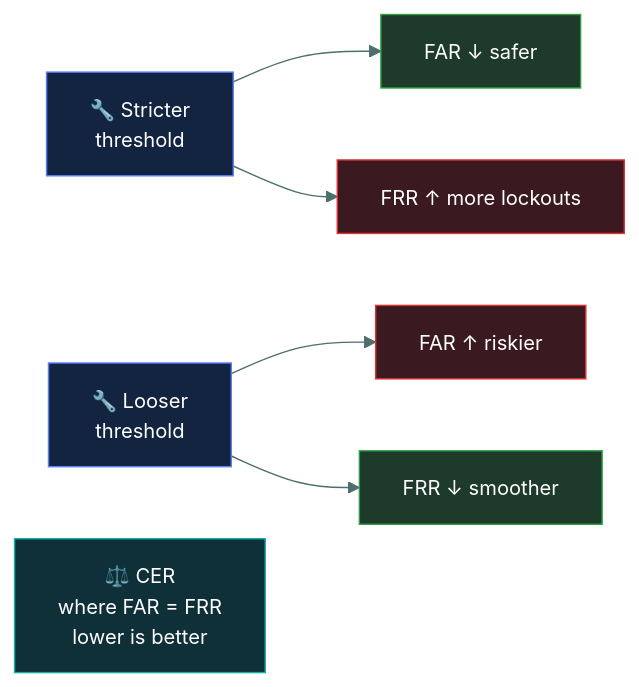
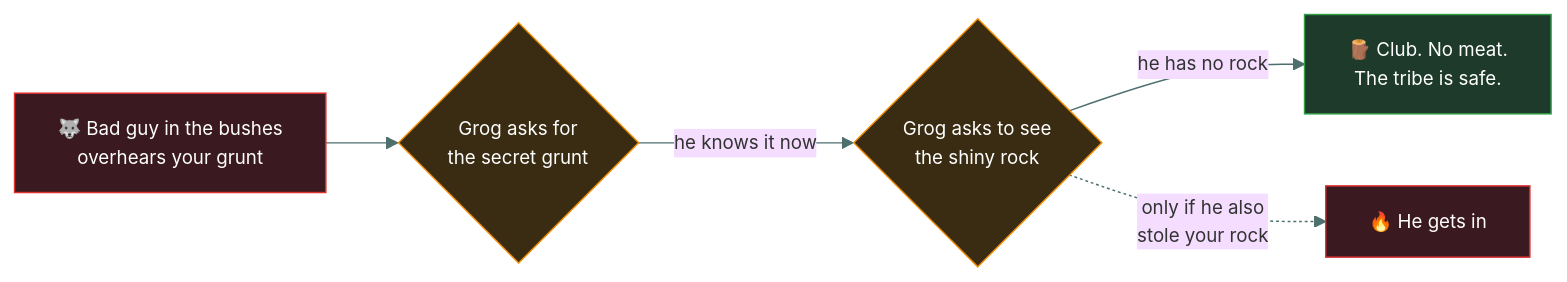
One commit to tarunTejaDesireddy/cc-exam-prep changed the second of 3 diagrams in 01-security-principles/authentication/README.md. Above: the diagram before and after it, drawn with Mermaid. The commit also changed other lines of this file and 1 other file, not shown here.

````diff
--- a/01-security-principles/authentication/README.md
+++ b/01-security-principles/authentication/README.md
@@ -155,17 +94,15 @@
 ```mermaid
-%%{init: {'theme':'base','themeVariables':{'fontSize':'14px','lineColor':'#4d6f6e','textColor':'#dbe7e6'}}}%%
+%%{init: {'theme':'base','themeVariables':{'fontFamily':'Segoe UI, Helvetica Neue, Arial, sans-serif','fontSize':'13px','lineColor':'#4d6f6e','textColor':'#dbe7e6'}}}%%
 flowchart LR
-    S["🔧 Stricter<br/>threshold"] --> S1["FAR ↓ safer"]
-    S --> S2["FRR ↑ more lockouts"]
-    L["🔧 Looser<br/>threshold"] --> L1["FAR ↑ riskier"]
-    L --> L2["FRR ↓ smoother"]
-    C["⚖️ CER<br/>where FAR = FRR<br/>lower is better"]
+    BAD["🐺 Bad guy in the bushes<br/>overhears your grunt"]
+    BAD --> G1{"Grog asks for<br/>the secret grunt"}
+    G1 -->|"he knows it now"| G2{"Grog asks to see<br/>the shiny rock"}
+    G2 -->|"he has no rock"| CLUB["🪵 Club. No meat.<br/>The tribe is safe."]
+    G2 -.->|"only if he also<br/>stole your rock"| GOT["🔥 He gets in"]
 
-    style S fill:#12243f,stroke:#5C7CFA,color:#fff
-    style L fill:#12243f,stroke:#5C7CFA,color:#fff
-    style S1 fill:#1d3a2a,stroke:#2F9E44,color:#fff
-    style L2 fill:#1d3a2a,stroke:#2F9E44,color:#fff
-    style S2 fill:#3a1a20,stroke:#E03131,color:#fff
-    style L1 fill:#3a1a20,stroke:#E03131,color:#fff
-    style C fill:#0f3038,stroke:#12B5A5,color:#fff
+    style BAD fill:#3a1a20,stroke:#E03131,color:#fff
+    style G1 fill:#3a2c12,stroke:#F08C00,color:#fff
+    style G2 fill:#3a2c12,stroke:#F08C00,color:#fff
+    style CLUB fill:#1d3a2a,stroke:#2F9E44,color:#fff
+    style GOT fill:#3a1a20,stroke:#E03131,color:#fff
 ```
````
